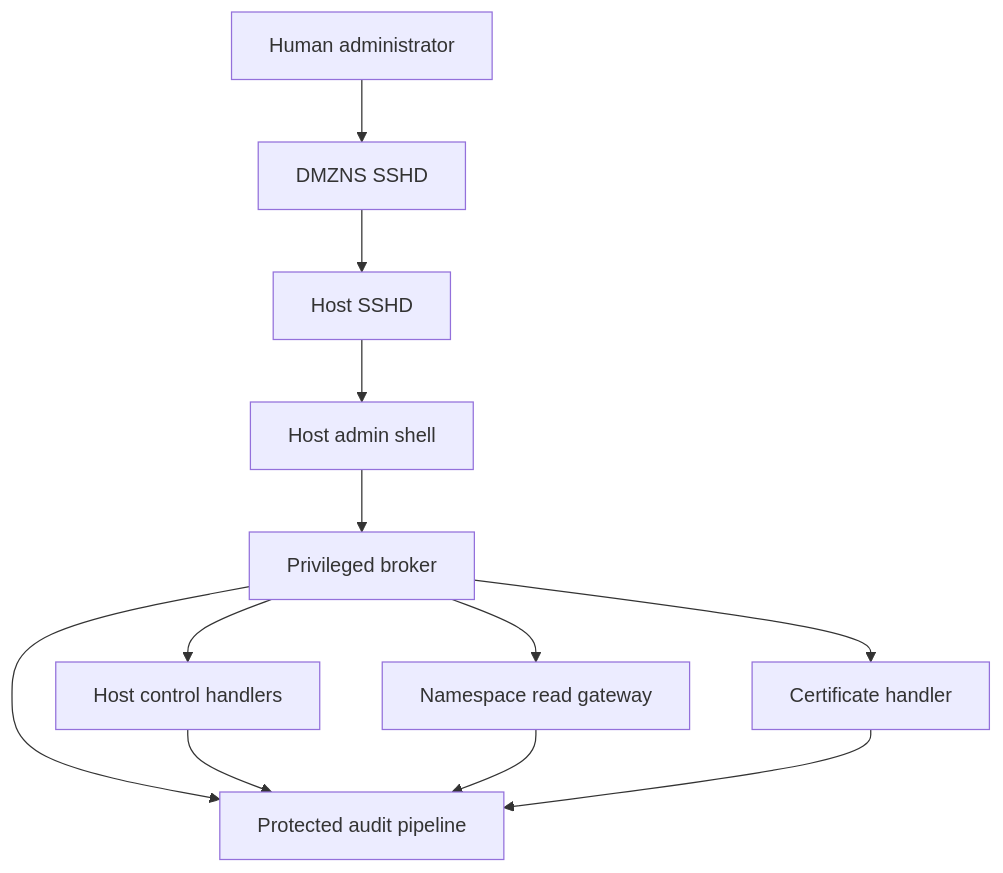
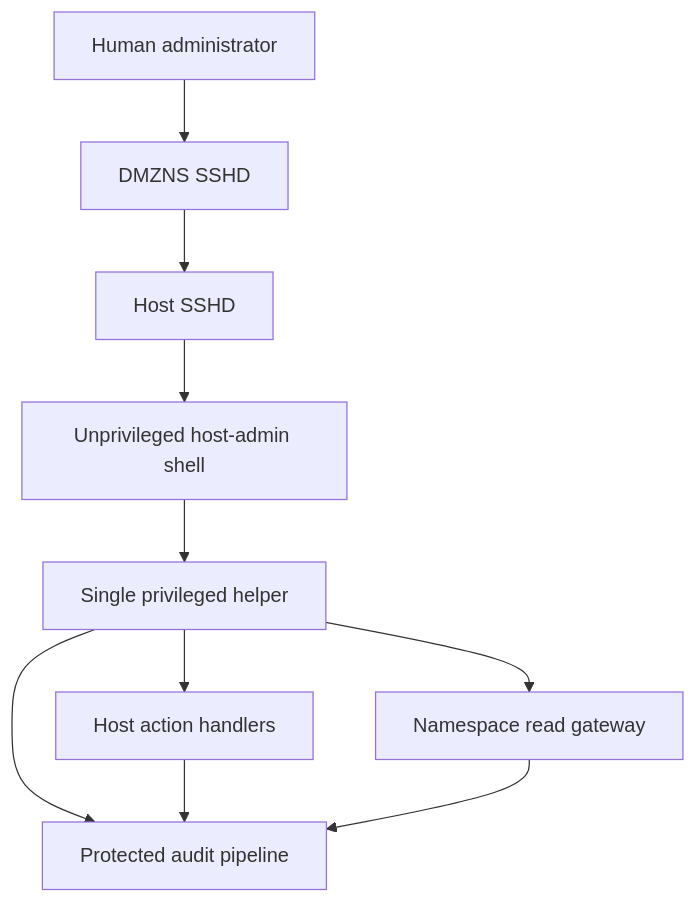
The first of 2 diagrams in Host_Admin_Customized_Shell_Design.md (recardo-cheng1980/design-documents), drawn with Mermaid before and after one commit. The commit also changed other lines of this file, not shown here.

Commit message:
docs(rbac): add phased helper-to-broker shell design

````diff
--- a/Host_Admin_Customized_Shell_Design.md
+++ b/Host_Admin_Customized_Shell_Design.md
@@ -66,14 +80,12 @@
-```mermaid
+~~~mermaid
 flowchart TD
     A[Human administrator] --> B[DMZNS SSHD]
     B --> C[Host SSHD]
-    C --> D[Host admin shell]
-    D --> E[Privileged broker]
-    E --> F[Host control handlers]
+    C --> D[Unprivileged host-admin shell]
+    D --> E[Single privileged helper]
+    E --> F[Host action handlers]
     E --> G[Namespace read gateway]
-    E --> H[Certificate handler]
-    E --> I[Protected audit pipeline]
-    F --> I
-    G --> I
-    H --> I
-```
+    E --> H[Protected audit pipeline]
+    F --> H
+    G --> H
+~~~
````
